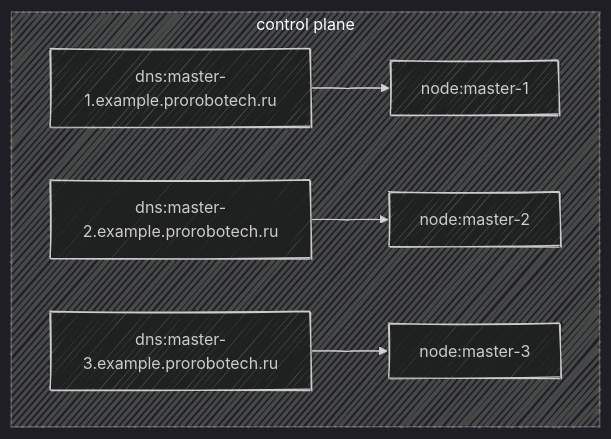
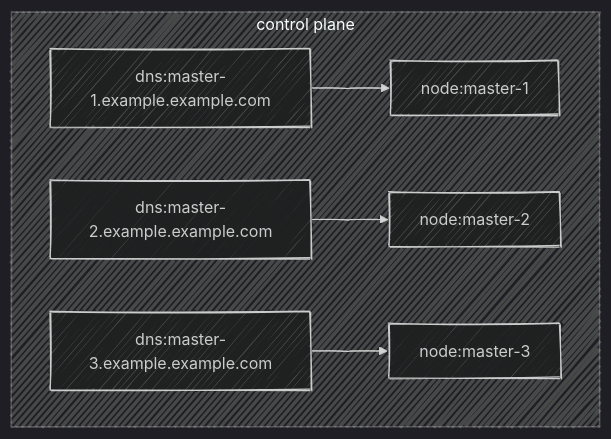
One commit to FR-Solution/in-cloud changed the first of 2 diagrams in documentation/docs/tech-docs/kubernetes/flowcharts/topologyInfra.mdx. Above: the diagram before and after it, drawn with Mermaid. The commit also changed other lines of this file and 33 other files, not shown here.

````diff
--- a/documentation/docs/tech-docs/kubernetes/flowcharts/topologyInfra.mdx
+++ b/documentation/docs/tech-docs/kubernetes/flowcharts/topologyInfra.mdx
@@ -8,24 +8,24 @@
 ```mermaid
 ---
 config:
   look: handDrawn
   theme: dark  
 ---
 
 flowchart TB
   master1[node:master-1]
   master2[node:master-2]
   master3[node:master-3]
 
-  dnsMaster1[dns:master-1.example.prorobotech.ru]
-  dnsMaster2[dns:master-2.example.prorobotech.ru]
-  dnsMaster3[dns:master-3.example.prorobotech.ru]
+  dnsMaster1[dns:master-1.example.example.com]
+  dnsMaster2[dns:master-2.example.example.com]
+  dnsMaster3[dns:master-3.example.example.com]
 
 
 
   subgraph control plane
       dnsMaster1-->master1
       dnsMaster2-->master2
       dnsMaster3-->master3
    end
 ```
````
